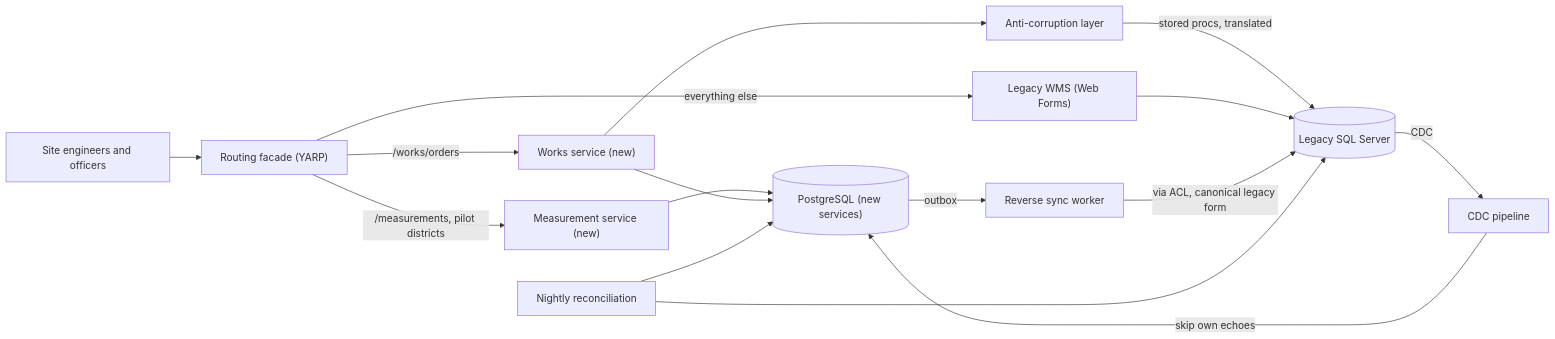
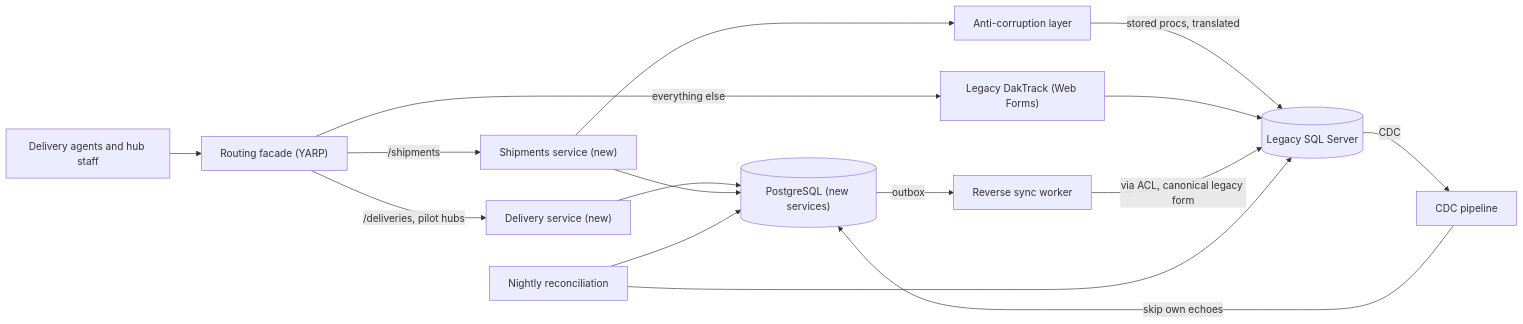
Before and after one commit to rizwi0786/system-design-lab: the first of 3 diagrams in content/lessons/m16/m16-strangler-acl.md, drawn with Mermaid. The commit also changed other lines of this file and 334 other files, not shown here.

````diff
--- a/content/lessons/m16/m16-strangler-acl.md
+++ b/content/lessons/m16/m16-strangler-acl.md
@@ -205,18 +207,18 @@
 ```mermaid
 flowchart LR
-    U["Site engineers and officers"] --> F["Routing facade (YARP)"]
-    F -->|"/measurements, pilot districts"| MS["Measurement service (new)"]
-    F -->|"/works/orders"| WS["Works service (new)"]
-    F -->|"everything else"| WMS["Legacy WMS (Web Forms)"]
+    U["Delivery agents and hub staff"] --> F["Routing facade (YARP)"]
+    F -->|"/deliveries, pilot hubs"| MS["Delivery service (new)"]
+    F -->|"/shipments"| WS["Shipments service (new)"]
+    F -->|"everything else"| WMS["Legacy DakTrack (Web Forms)"]
     WS --> ACL["Anti-corruption layer"]
     ACL -->|"stored procs, translated"| SQL[("Legacy SQL Server")]
     WMS --> SQL
     SQL -->|"CDC"| CDC["CDC pipeline"]
     CDC -->|"skip own echoes"| PG[("PostgreSQL (new services)")]
     MS --> PG
     WS --> PG
     PG -->|"outbox"| RS["Reverse sync worker"]
     RS -->|"via ACL, canonical legacy form"| SQL
     REC["Nightly reconciliation"] --> SQL
     REC --> PG
 ```
````
